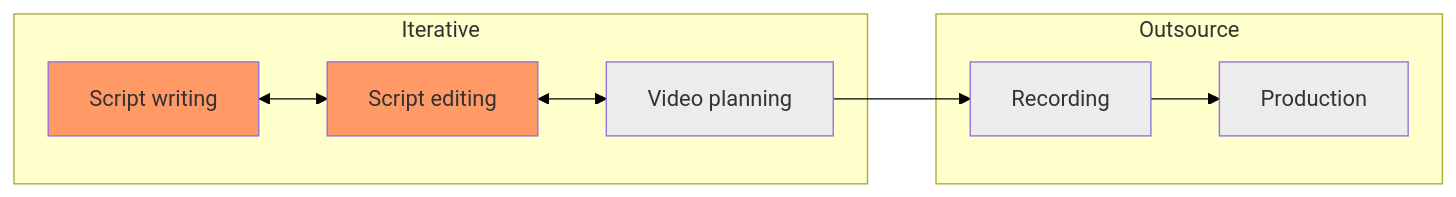
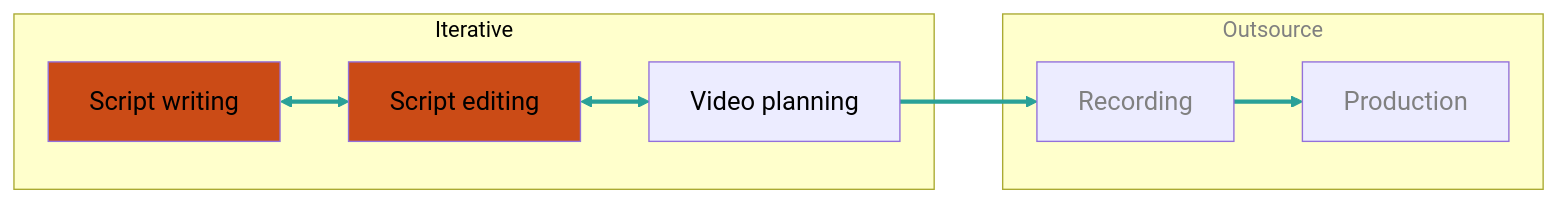
The second of 3 diagrams in frankenstein_monster/version_1.qmd (libjohn/presentation_tl_retreat), drawn with Mermaid before and after one commit. The commit also changed other lines of this file and 81 other files, not shown here.

````diff
--- a/frankenstein_monster/version_1.qmd
+++ b/frankenstein_monster/version_1.qmd
@@ -107,17 +112,22 @@
 ```{mermaid}
 %%| fig-width: 20
 flowchart LR
   subgraph box1[Iterative]
   A[Script writing]:::highlight <--> B[Script editing]:::highlight
   B <--> C[Video planning]:::greybox
   end
   subgraph box2[Outsource]
   C --> D[Recording]:::greybox
   D --> E[Production]:::greybox
   end
-  style box1 fill:#FFFFCC
-  style box2 fill:#FFFFCC
-  linkStyle default stroke: black
-  classDef highlight fill:#F96
-  classDef greybox fill:#ECECEC
+  style A color:black
+  style B color:black
+  style C color:black
+  style D color:grey
+  style E color:grey
+  style box1 fill:#FFFFCC,color:black
+  style box2 fill:#FFFFCC,color:grey
+  linkStyle default stroke-width:3px,stroke:#2aa198
+  classDef highlight fill:#cb4b16,font-size:14pt
+  classDef greybox fill:#ECECECC,font-size:14pt
 ```
````
